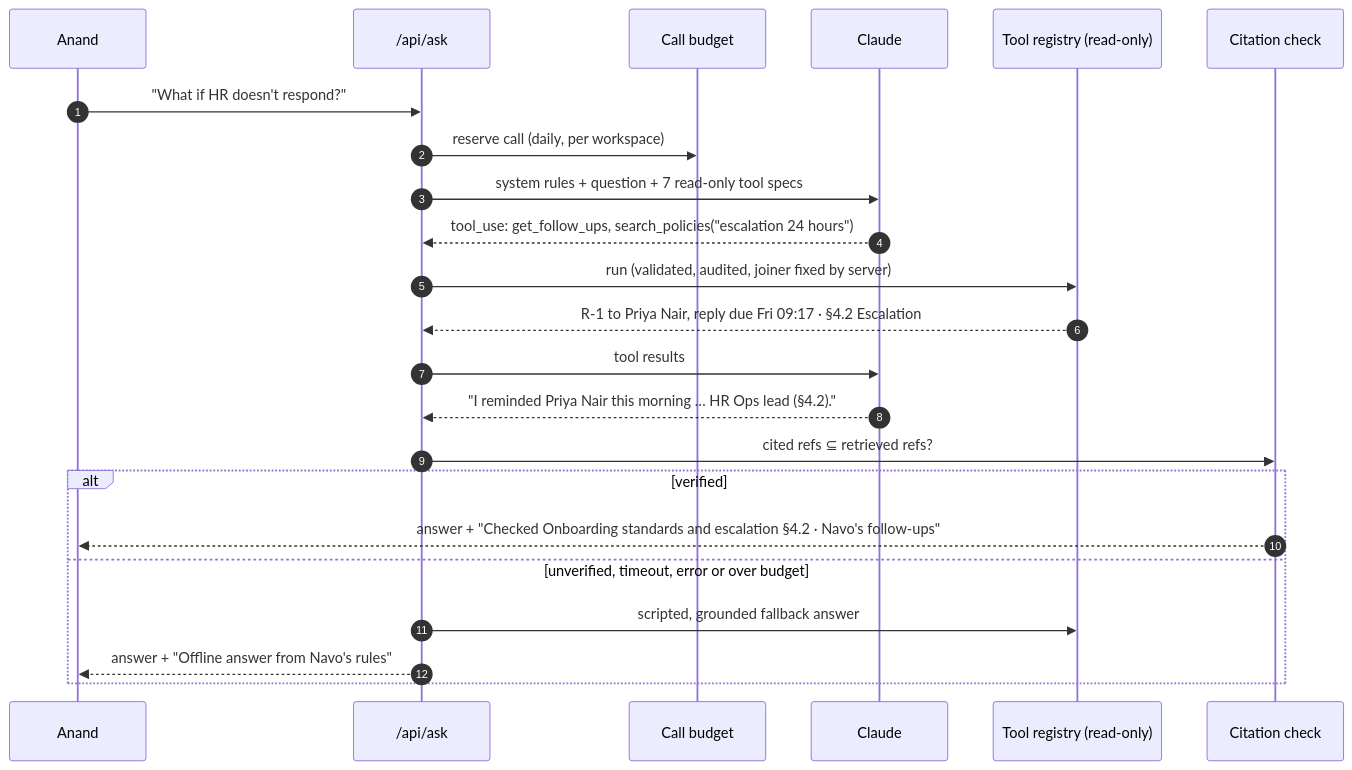
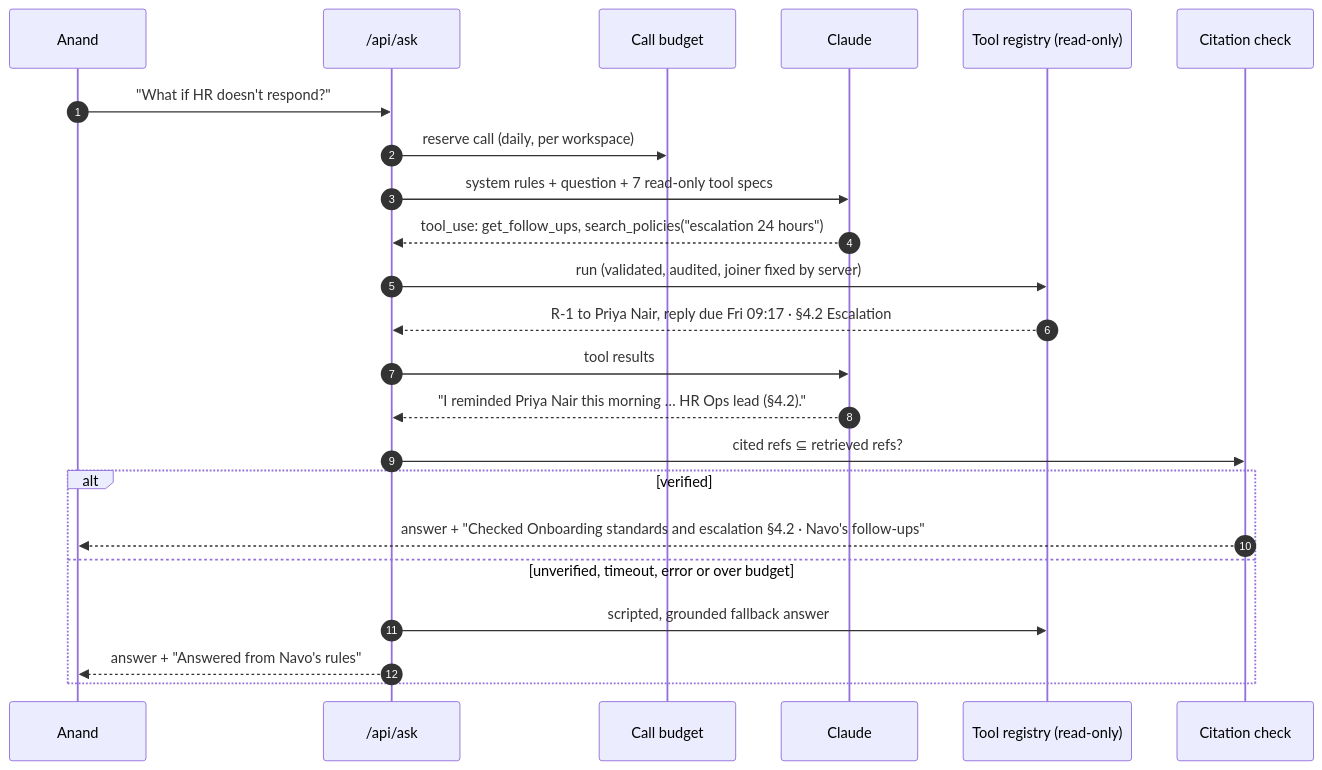
One commit to KumarAnandSingh/NAVO-Agent-that-handles-Onboarding changed the fifth of 8 diagrams in docs/TECHNICAL_DESIGN.md. Above: the diagram before and after it, drawn with Mermaid. The commit also changed 45 other files, not shown here.

````diff
--- a/docs/TECHNICAL_DESIGN.md
+++ b/docs/TECHNICAL_DESIGN.md
@@ -345,26 +345,26 @@
 ```mermaid
 sequenceDiagram
   autonumber
   participant Anand
   participant API as /api/ask
   participant Budget as Call budget
   participant Claude
   participant Tools as Tool registry (read-only)
   participant Verify as Citation check
 
   Anand->>API: "What if HR doesn't respond?"
   API->>Budget: reserve call (daily, per workspace)
   API->>Claude: system rules + question + 7 read-only tool specs
   Claude-->>API: tool_use: get_follow_ups, search_policies("escalation 24 hours")
   API->>Tools: run (validated, audited, joiner fixed by server)
   Tools-->>API: R-1 to Priya Nair, reply due Fri 09:17 · §4.2 Escalation
   API->>Claude: tool results
   Claude-->>API: "I reminded Priya Nair this morning … HR Ops lead (§4.2)."
   API->>Verify: cited refs ⊆ retrieved refs?
   alt verified
     Verify-->>Anand: answer + "Checked Onboarding standards and escalation §4.2 · Navo's follow-ups"
   else unverified, timeout, error or over budget
     API->>Tools: scripted, grounded fallback answer
-    API-->>Anand: answer + "Offline answer from Navo's rules"
+    API-->>Anand: answer + "Answered from Navo's rules"
   end
 ```
````
